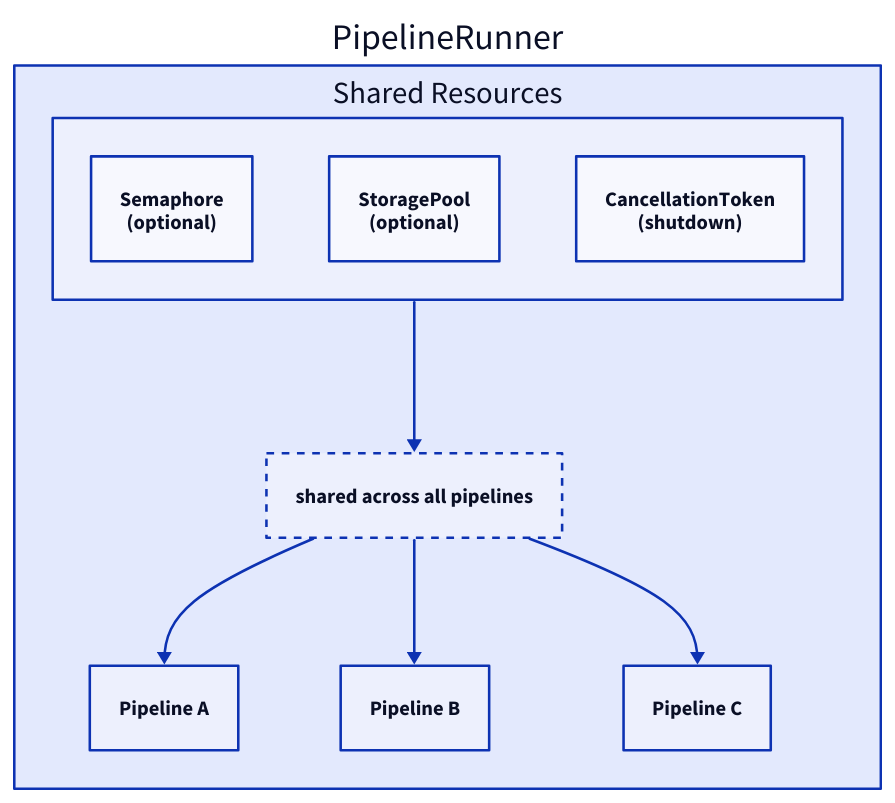
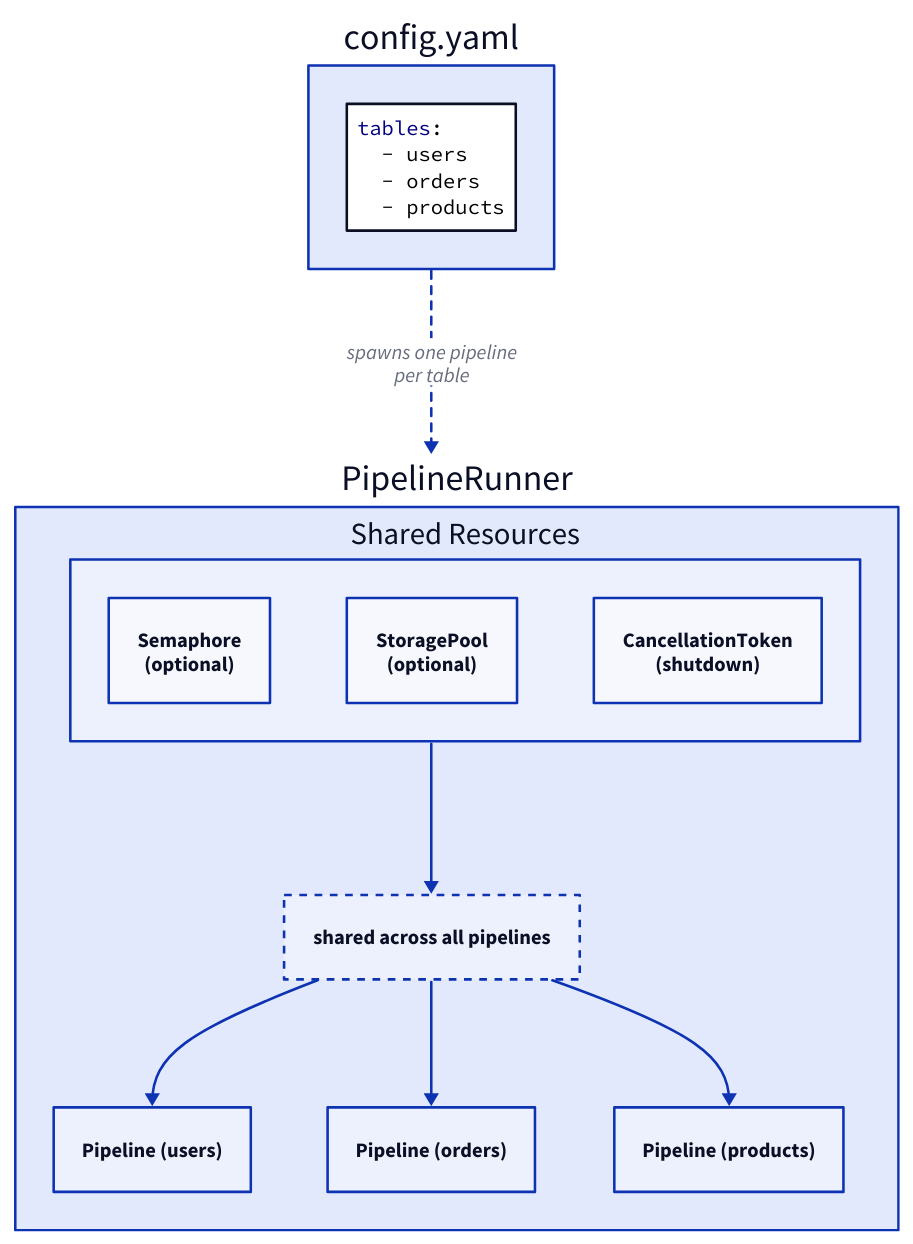
The first of 2 diagrams in website/src/content/docs/concepts/topology.md (benjamin-awd/blizzard), drawn with D2 before and after one commit. The commit also changed other lines of this file and 9 other files, not shown here.

````diff
--- a/website/src/content/docs/concepts/topology.md
+++ b/website/src/content/docs/concepts/topology.md
@@ -12,28 +14,43 @@
 ```d2
+direction: down
+
+config: config.yaml {
+  tables: |yaml
+    tables:
+      - users
+      - orders
+      - products
+  |
+}
+
 PipelineRunner: {
   Shared Resources: {
     semaphore: Semaphore {
       label: "Semaphore\n(optional)"
     }
     storage: StoragePool {
       label: "StoragePool\n(optional)"
     }
     token: CancellationToken {
       label: "CancellationToken\n(shutdown)"
     }
   }
 
   shared: "shared across all pipelines" {
     style.stroke-dash: 3
   }
 
-  pipeline_a: Pipeline A
-  pipeline_b: Pipeline B
-  pipeline_c: Pipeline C
+  pipeline_a: Pipeline (users)
+  pipeline_b: Pipeline (orders)
+  pipeline_c: Pipeline (products)
 
   Shared Resources -> shared
   shared -> pipeline_a
   shared -> pipeline_b
   shared -> pipeline_c
 }
+
+config -> PipelineRunner: "spawns one pipeline\nper table" {
+  style.stroke-dash: 3
+}
 ```
````
